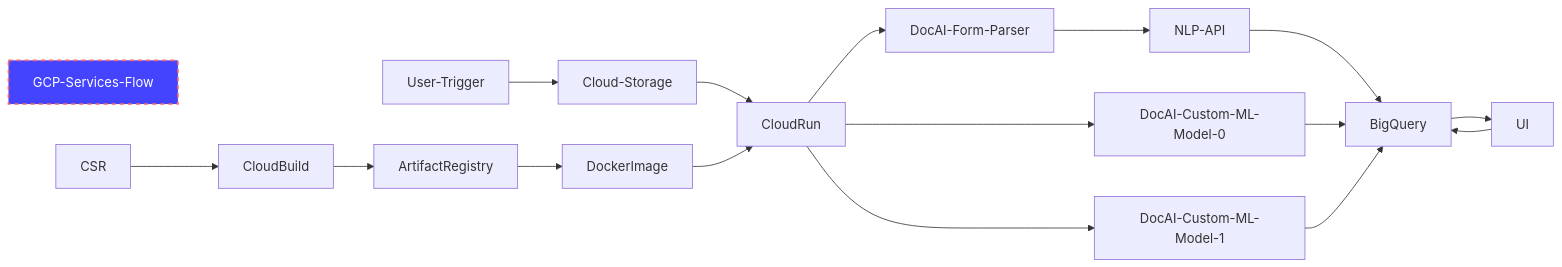
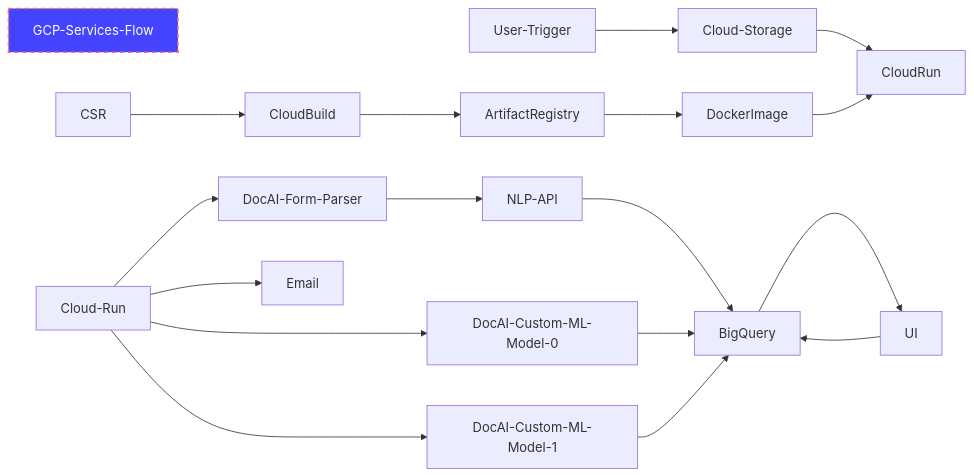
One commit to GoogleCloudPlatform/pubsec-declarative-toolkit changed the first of 2 diagrams in solutions/document-processing/README.md. Above: the diagram before and after it, drawn with Mermaid.

````diff
--- a/solutions/document-processing/README.md
+++ b/solutions/document-processing/README.md
@@ -37,23 +37,24 @@
 ```mermaid
 graph LR;
   style GCP-Services-Flow fill:#44f,stroke:#f66,stroke-width:2px,color:#fff,stroke-dasharray: 5 5
   %% mapped and documented
 
   User-Trigger-->Cloud-Storage
   Cloud-Storage-->CloudRun
   CSR-->CloudBuild
   
   ArtifactRegistry-->DockerImage
   CloudBuild-->ArtifactRegistry
   DockerImage-->CloudRun
-  CloudRun-->DocAI-Form-Parser
-  CloudRun-->DocAI-Custom-ML-Model-0
-  CloudRun-->DocAI-Custom-ML-Model-1
+  Cloud-Run-->DocAI-Form-Parser
+  Cloud-Run-->DocAI-Custom-ML-Model-0
+  Cloud-Run-->DocAI-Custom-ML-Model-1
+  Cloud-Run-->Email
   DocAI-Form-Parser-->NLP-API
   NLP-API-->BigQuery
   DocAI-Custom-ML-Model-0-->BigQuery
   DocAI-Custom-ML-Model-1-->BigQuery
   BigQuery-->UI
   UI-->BigQuery
   
 ```
````
